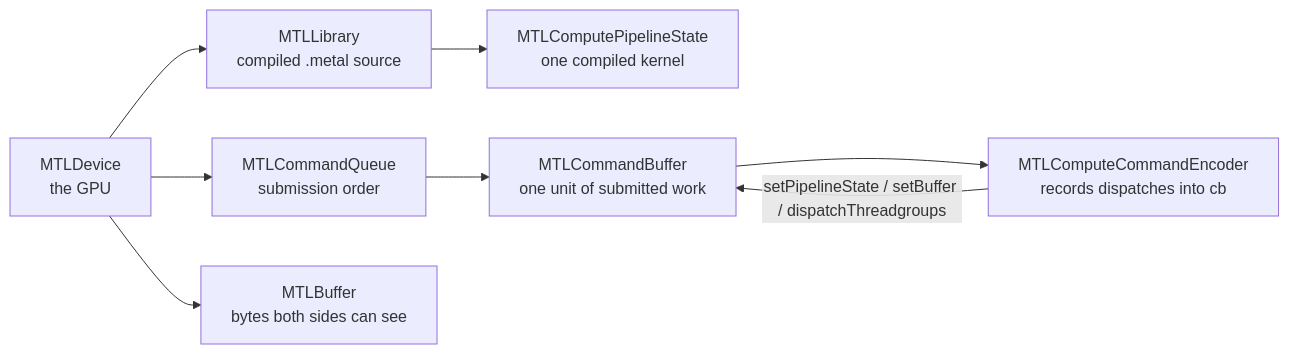
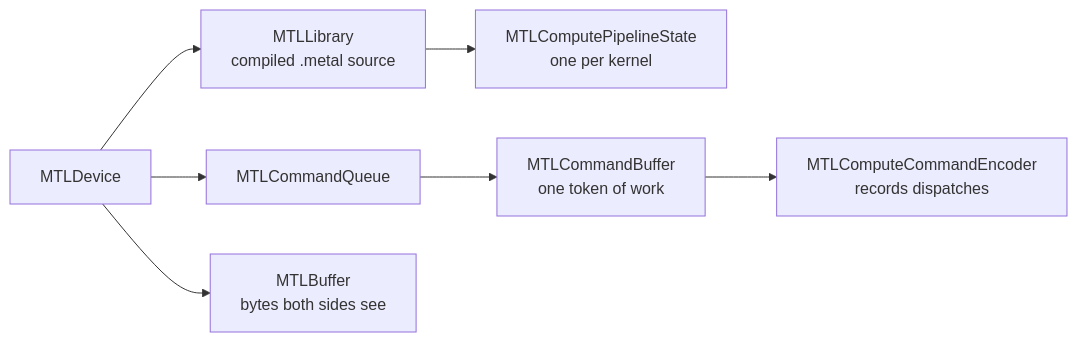
Before and after one commit to tildaslashalef/nuclis: the seventh of 10 diagrams in docs/architecture.md, drawn with Mermaid. The commit also changed other lines of this file and 1 other file, not shown here.

Commit message:
docs(repo): the architecture guide as a map: tables, bullets, and pointers, no identifiers in prose (REPO-12)

````diff
--- a/docs/architecture.md
+++ b/docs/architecture.md
@@ -348,10 +278,9 @@
 ```mermaid
 flowchart LR
-    dev[MTLDevice\nthe GPU] --> q[MTLCommandQueue\nsubmission order]
+    dev[MTLDevice] --> q[MTLCommandQueue]
     dev --> lib[MTLLibrary\ncompiled .metal source]
-    lib --> pso[MTLComputePipelineState\none compiled kernel]
-    dev --> buf[MTLBuffer\nbytes both sides can see]
-    q --> cb[MTLCommandBuffer\none unit of submitted work]
-    cb --> enc[MTLComputeCommandEncoder\nrecords dispatches into cb]
-    enc -- setPipelineState / setBuffer / dispatchThreadgroups --> cb
+    lib --> pso[MTLComputePipelineState\none per kernel]
+    dev --> buf[MTLBuffer\nbytes both sides see]
+    q --> cb[MTLCommandBuffer\none token of work]
+    cb --> enc[MTLComputeCommandEncoder\nrecords dispatches]
 ```
````
